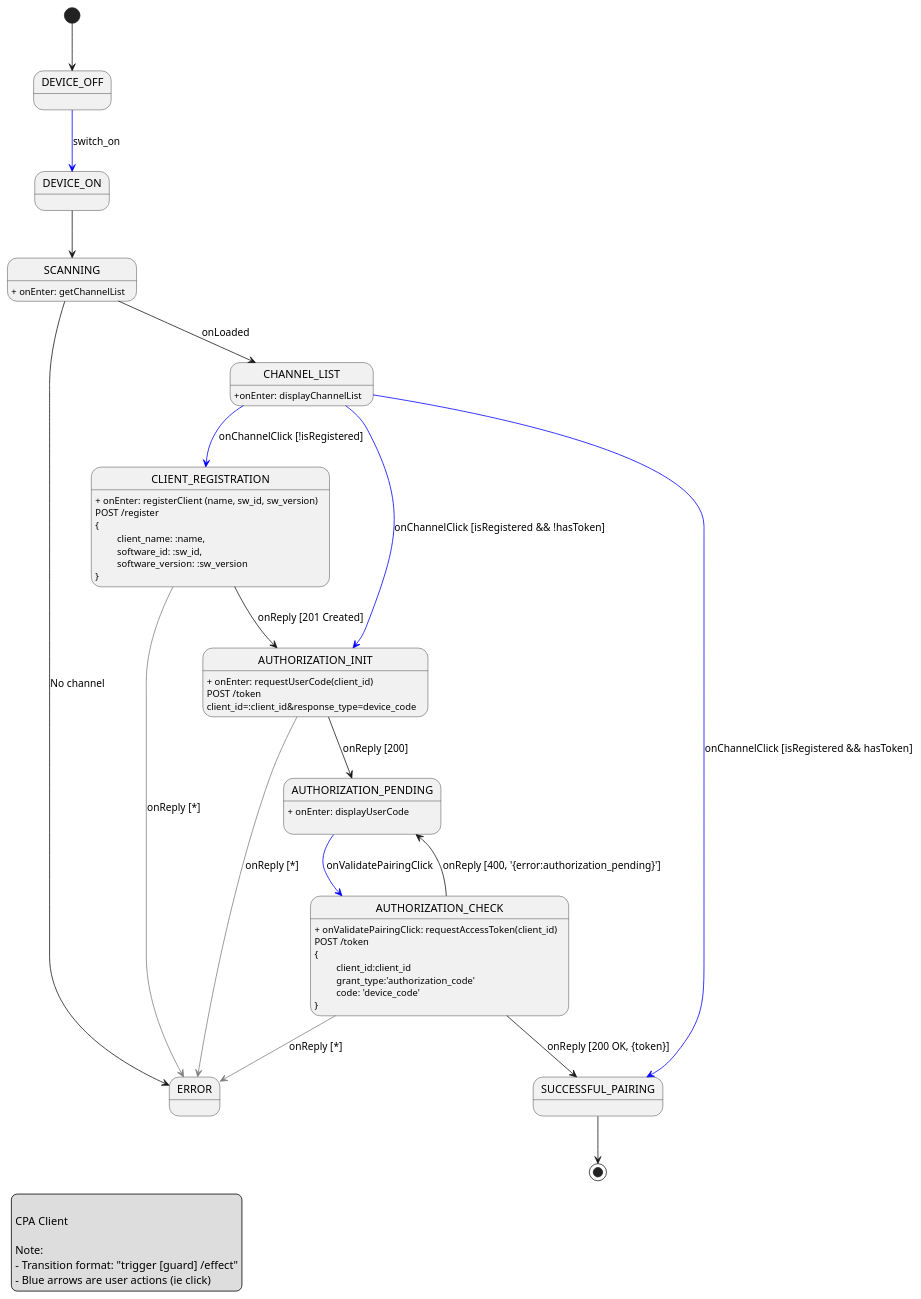
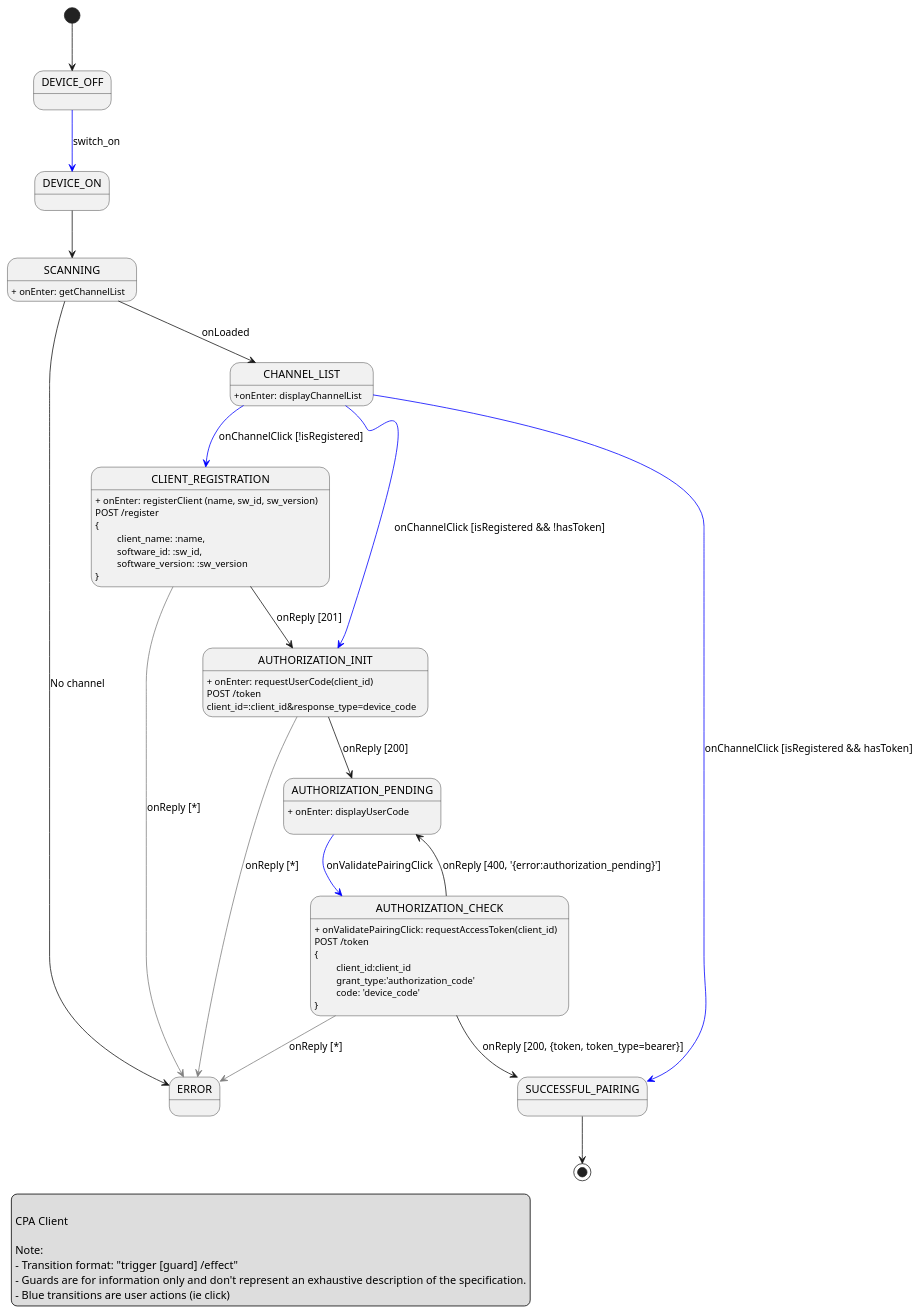
Before and after one commit to ebu/cpa-client: the diagram in docs/app-fsm.puml, drawn with PlantUML.

Commit message:
Clean diagram

```diff
--- a/docs/app-fsm.puml
+++ b/docs/app-fsm.puml
@@ -1,92 +1,93 @@
 @startuml
 
 
 [*] --> DEVICE_OFF
 
 'State declaration
 state DEVICE_OFF
 state SCANNING
 state CHANNEL_LIST
 state CLIENT_REGISTRATION
 state AUTHORIZATION_INIT
 state AUTHORIZATION_PENDING
 state SUCCESSFUL_PAIRING
 state ERROR
 
 
 'State definition
 
 SCANNING: + onEnter: getChannelList
 
 CHANNEL_LIST: +onEnter: displayChannelList
 
 CLIENT_REGISTRATION: + onEnter: registerClient (name, sw_id, sw_version)
 CLIENT_REGISTRATION:  POST /register
 CLIENT_REGISTRATION:  {
 CLIENT_REGISTRATION:  \t client_name: :name,
 CLIENT_REGISTRATION:  \t software_id: :sw_id,
 CLIENT_REGISTRATION:  \t software_version: :sw_version
 CLIENT_REGISTRATION:  }
 
 
 AUTHORIZATION_INIT: + onEnter: requestUserCode(client_id)
 AUTHORIZATION_INIT: POST /token
 AUTHORIZATION_INIT: client_id=:client_id&response_type=device_code
 
 
 AUTHORIZATION_PENDING: + onEnter: displayUserCode
 AUTHORIZATION_PENDING:
 
 AUTHORIZATION_CHECK: + onValidatePairingClick: requestAccessToken(client_id)
 AUTHORIZATION_CHECK: POST /token
 AUTHORIZATION_CHECK: {
 AUTHORIZATION_CHECK: \t client_id:client_id
 AUTHORIZATION_CHECK: \t grant_type:'authorization_code'
 AUTHORIZATION_CHECK: \t code: 'device_code'
 AUTHORIZATION_CHECK: }
 
 
 'Transitions
 
 DEVICE_OFF -[#blue]-> DEVICE_ON: switch_on
 DEVICE_ON --> SCANNING
 
 SCANNING --> CHANNEL_LIST: onLoaded
 SCANNING -right-> ERROR: No channel
 
 CHANNEL_LIST -[#blue]-> CLIENT_REGISTRATION: onChannelClick [!isRegistered]
 CHANNEL_LIST -[#blue]-> AUTHORIZATION_INIT: onChannelClick [isRegistered && !hasToken]
 CHANNEL_LIST -[#blue]-> SUCCESSFUL_PAIRING: onChannelClick [isRegistered && hasToken]
 
-CLIENT_REGISTRATION --> AUTHORIZATION_INIT: onReply [201 Created]
+CLIENT_REGISTRATION --> AUTHORIZATION_INIT: onReply [201]
 CLIENT_REGISTRATION -[#gray]-> ERROR: onReply [*]
 
 AUTHORIZATION_INIT --> AUTHORIZATION_PENDING: onReply [200]
 AUTHORIZATION_INIT -[#gray]-> ERROR: onReply [*]
 
 
 AUTHORIZATION_PENDING -[#blue]-> AUTHORIZATION_CHECK: onValidatePairingClick
 
-AUTHORIZATION_CHECK --> SUCCESSFUL_PAIRING: onReply [200 OK, {token}]
+AUTHORIZATION_CHECK --> SUCCESSFUL_PAIRING: onReply [200, {token, token_type=bearer}]
 AUTHORIZATION_CHECK --> AUTHORIZATION_PENDING: onReply [400, '{error:authorization_pending}']
 AUTHORIZATION_CHECK -[#gray]-> ERROR: onReply [*]
 
 SUCCESSFUL_PAIRING --> [*]
 
 
 'Legend
 
 legend left
 
 CPA Client
 
 Note:
 - Transition format: "trigger [guard] /effect"
-- Blue arrows are user actions (ie click)
+- Guards are for information only and don't represent an exhaustive description of the specification.
+- Blue transitions are user actions (ie click)
 endlegend
 
 
 
 ' note right of STATE: "transition: trigger[guard]/effect"
 
 @enduml
```
